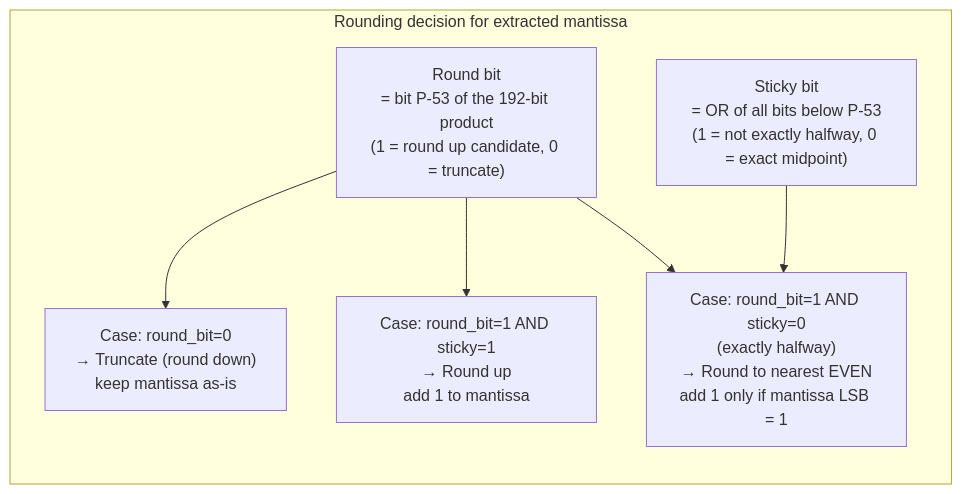
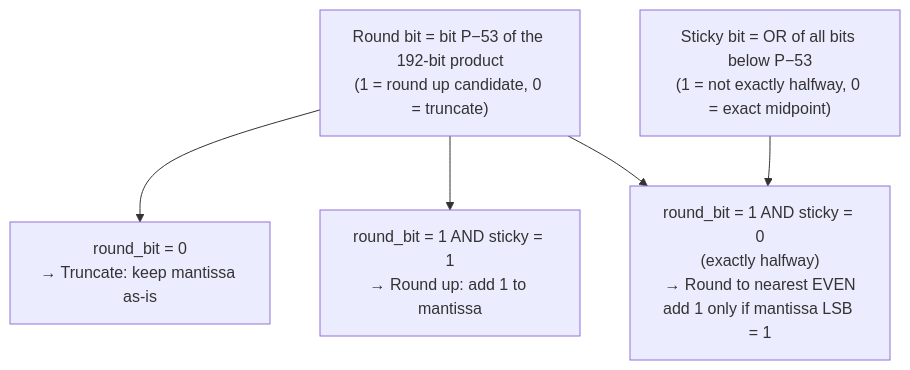
Before and after one commit to the-lkb/beast-json: the eighth of 8 diagrams in docs/theory/russ-cox.md, drawn with Mermaid. The commit also changed other lines of this file and 4 other files, not shown here.

````diff
--- a/docs/theory/russ-cox.md
+++ b/docs/theory/russ-cox.md
@@ -232,15 +227,12 @@
 ```mermaid
 flowchart TB
-    subgraph ROUNDING["Rounding decision for extracted mantissa"]
-        direction TB
-        RB["Round bit\n= bit P-53 of the 192-bit product\n(1 = round up candidate, 0 = truncate)"]
-        SB["Sticky bit\n= OR of all bits below P-53\n(1 = not exactly halfway, 0 = exact midpoint)"]
+    RB["Round bit = bit P−53 of the 192-bit product<br/>(1 = round up candidate, 0 = truncate)"]
+    SB["Sticky bit = OR of all bits below P−53<br/>(1 = not exactly halfway, 0 = exact midpoint)"]
 
-        CASE1["Case: round_bit=0\n→ Truncate (round down)\nkeep mantissa as-is"]
-        CASE2["Case: round_bit=1 AND sticky=1\n→ Round up\nadd 1 to mantissa"]
-        CASE3["Case: round_bit=1 AND sticky=0\n(exactly halfway)\n→ Round to nearest EVEN\nadd 1 only if mantissa LSB = 1"]
+    CASE1["round_bit = 0<br/>→ Truncate: keep mantissa as-is"]
+    CASE2["round_bit = 1 AND sticky = 1<br/>→ Round up: add 1 to mantissa"]
+    CASE3["round_bit = 1 AND sticky = 0<br/>(exactly halfway)<br/>→ Round to nearest EVEN<br/>add 1 only if mantissa LSB = 1"]
 
-        RB --> CASE1 & CASE2 & CASE3
-        SB --> CASE3
-    end
+    RB --> CASE1 & CASE2 & CASE3
+    SB --> CASE3
 ```
````
